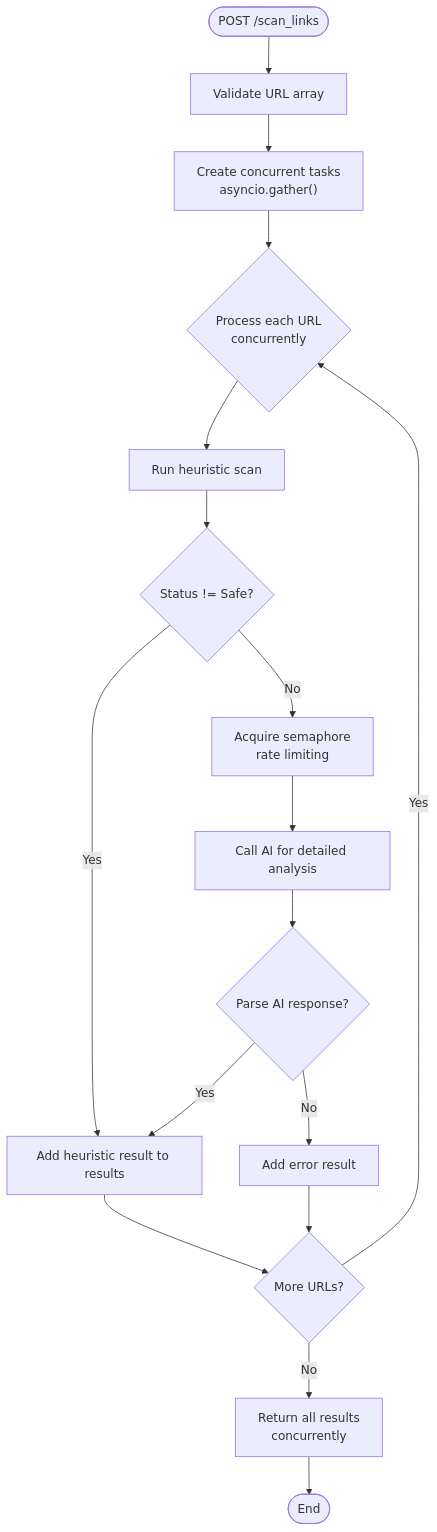
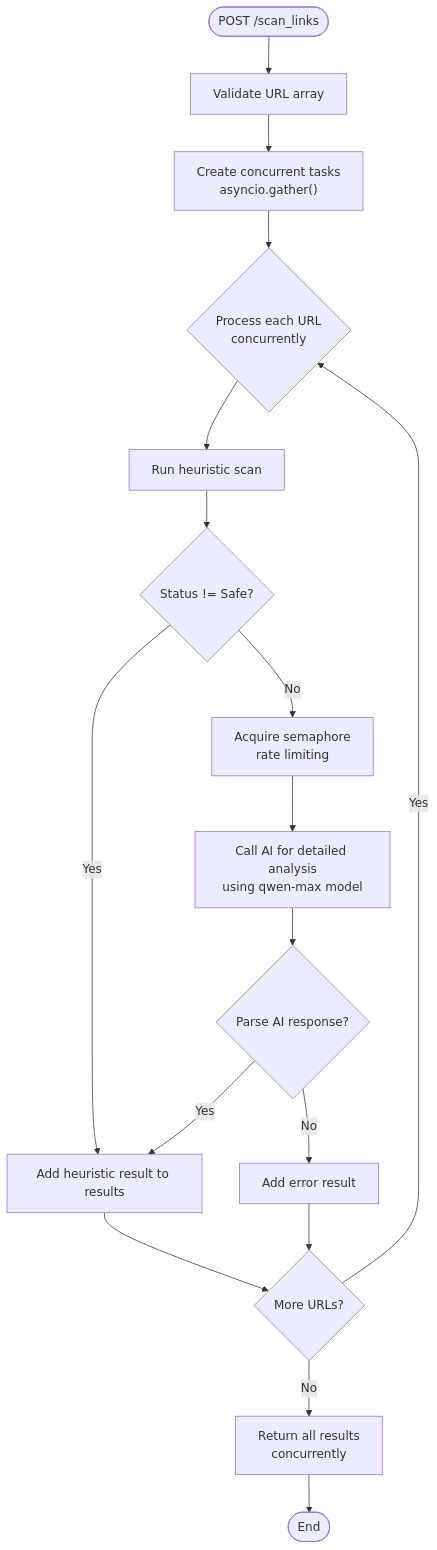
One commit to Aymanaahh/scrollguard-ai changed the fourth of 5 diagrams in .qoder/repowiki/en/content/Backend API Documentation.md. Above: the diagram before and after it, drawn with Mermaid. The commit also changed other lines of this file and 34 other files, not shown here.

````diff
--- a/.qoder/repowiki/en/content/Backend API Documentation.md
+++ b/.qoder/repowiki/en/content/Backend API Documentation.md
@@ -292,19 +305,19 @@
 ```mermaid
 flowchart TD
 Start(["POST /scan_links"]) --> Validate["Validate URL array"]
 Validate --> CreateTasks["Create concurrent tasks<br/>asyncio.gather()"]
 CreateTasks --> Loop{"Process each URL<br/>concurrently"}
 Loop --> Heuristic["Run heuristic scan"]
 Heuristic --> Check{"Status != Safe?"}
 Check --> |Yes| AddResult["Add heuristic result to results"]
 Check --> |No| Semaphore["Acquire semaphore<br/>rate limiting"]
-Semaphore --> CallLLM["Call AI for detailed analysis"]
+Semaphore --> CallLLM["Call AI for detailed analysis<br/>using qwen-max model"]
 CallLLM --> Parse{"Parse AI response?"}
 Parse --> |Yes| AddResult
 Parse --> |No| AddError["Add error result"]
 AddResult --> NextURL{"More URLs?"}
 AddError --> NextURL
 NextURL --> |Yes| Loop
 NextURL --> |No| ReturnResults["Return all results<br/>concurrently"]
 ReturnResults --> End(["End"])
 ```
````
